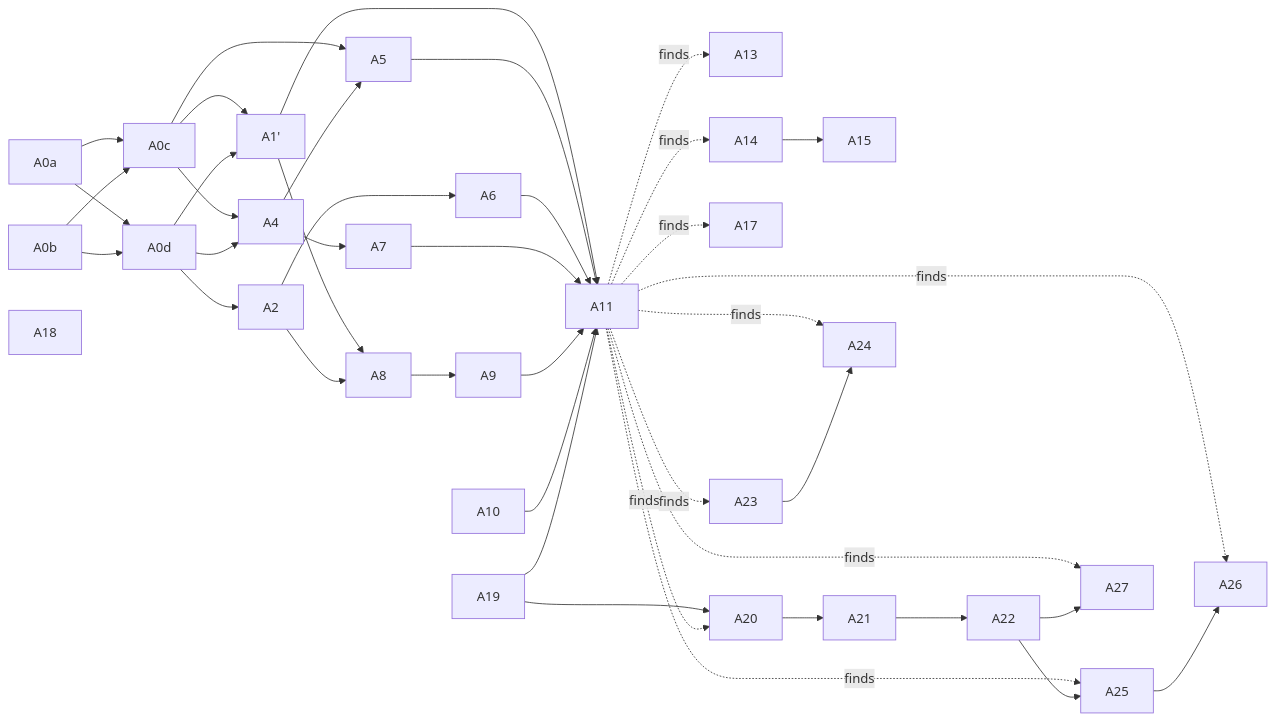
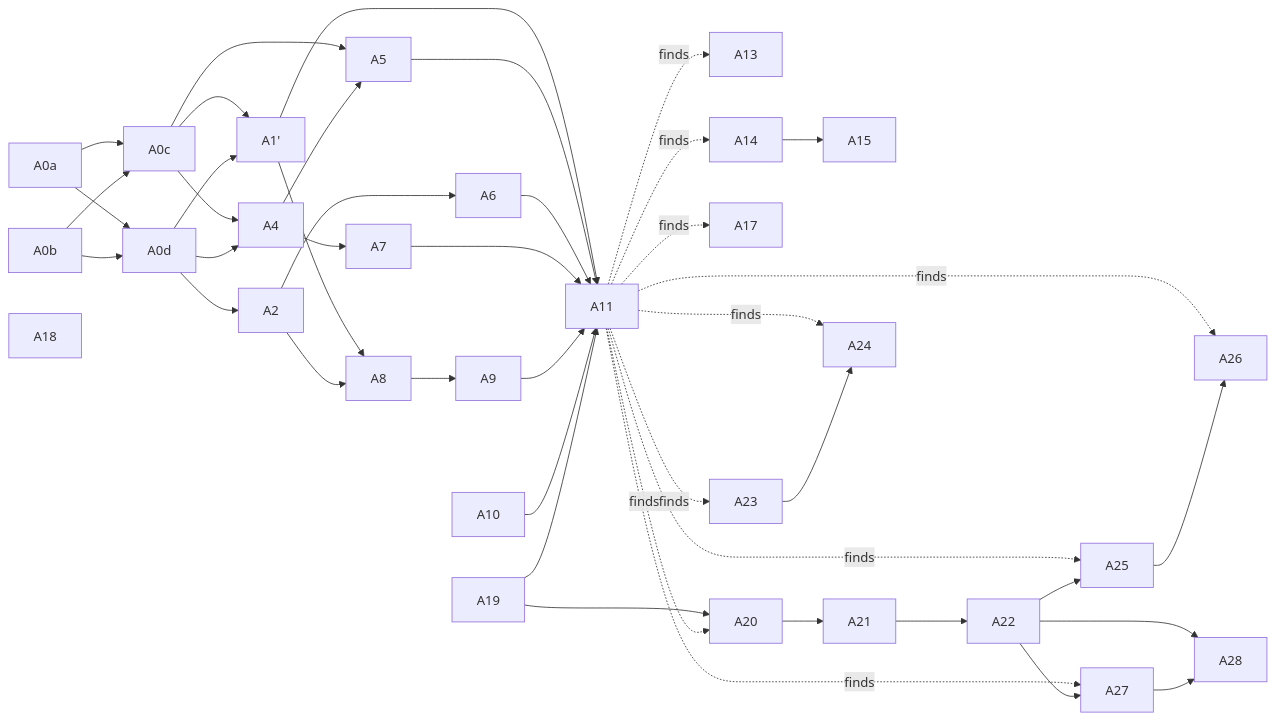
One commit to Rainnystone/larkent changed the diagram in docs/specs/automations/tickets/README.md. Above: the diagram before and after it, drawn with Mermaid. The commit also changed other lines of this file and 2 other files, not shown here.

````diff
--- a/docs/specs/automations/tickets/README.md
+++ b/docs/specs/automations/tickets/README.md
@@ -58,40 +61,42 @@
 ```mermaid
 graph LR
   A0a --> A0c
   A0b --> A0c
   A0a --> A0d
   A0b --> A0d
   A0c --> A1p["A1'"]
   A0d --> A1p
   A0d --> A2
   A0c --> A4
   A0d --> A4
   A0c --> A5
   A4 --> A5
   A2 --> A6
   A4 --> A7
   A1p --> A8
   A2 --> A8
   A8 --> A9
   A10
   A1p & A5 & A6 & A7 & A9 & A10 --> A11
   A11 -.finds.-> A13
   A11 -.finds.-> A14
   A14 --> A15
   A11 -.finds.-> A17
   A18
   A19 --> A11
   A19 --> A20
   A11 -.finds.-> A20
   A20 --> A21
   A21 --> A22
   A11 -.finds.-> A23
   A11 -.finds.-> A24
   A11 -.finds.-> A25
   A11 -.finds.-> A26
   A11 -.finds.-> A27
   A23 --> A24
   A22 --> A25
   A25 --> A26
   A22 --> A27
+  A22 --> A28
+  A27 --> A28
 ```
````
